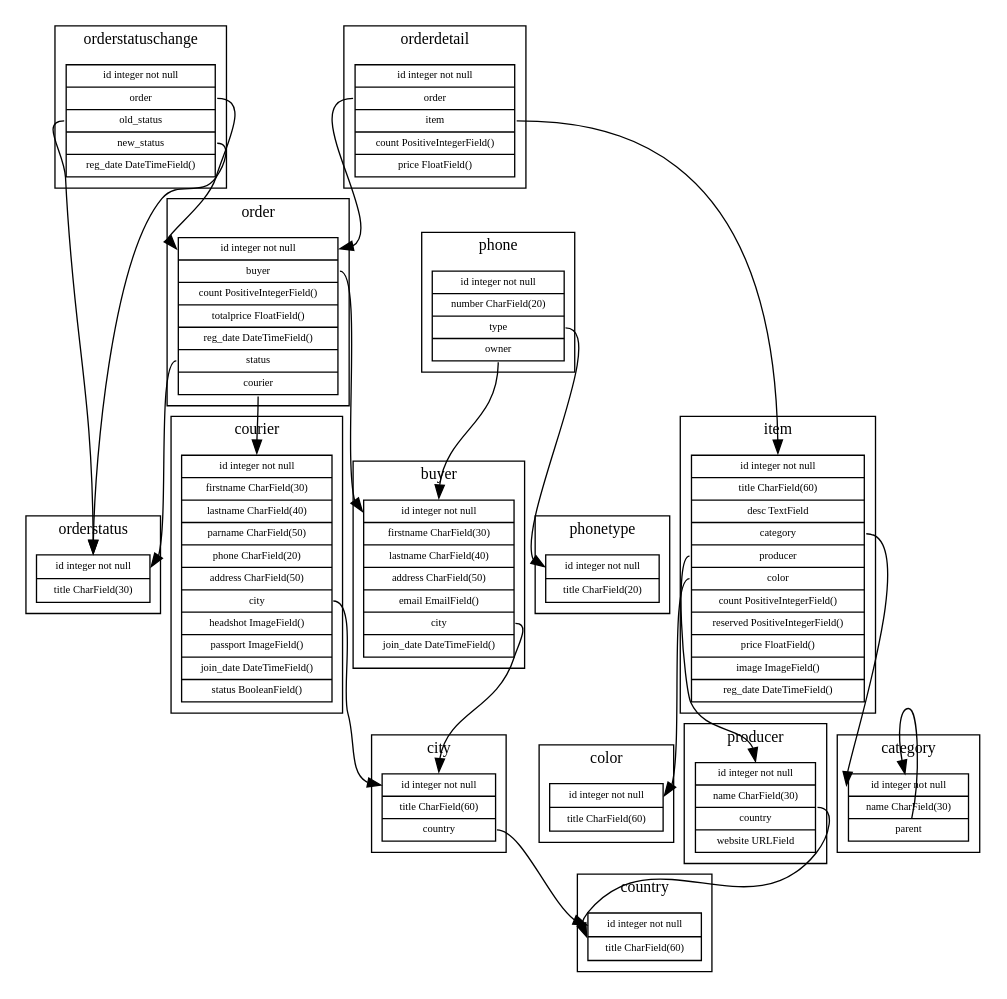
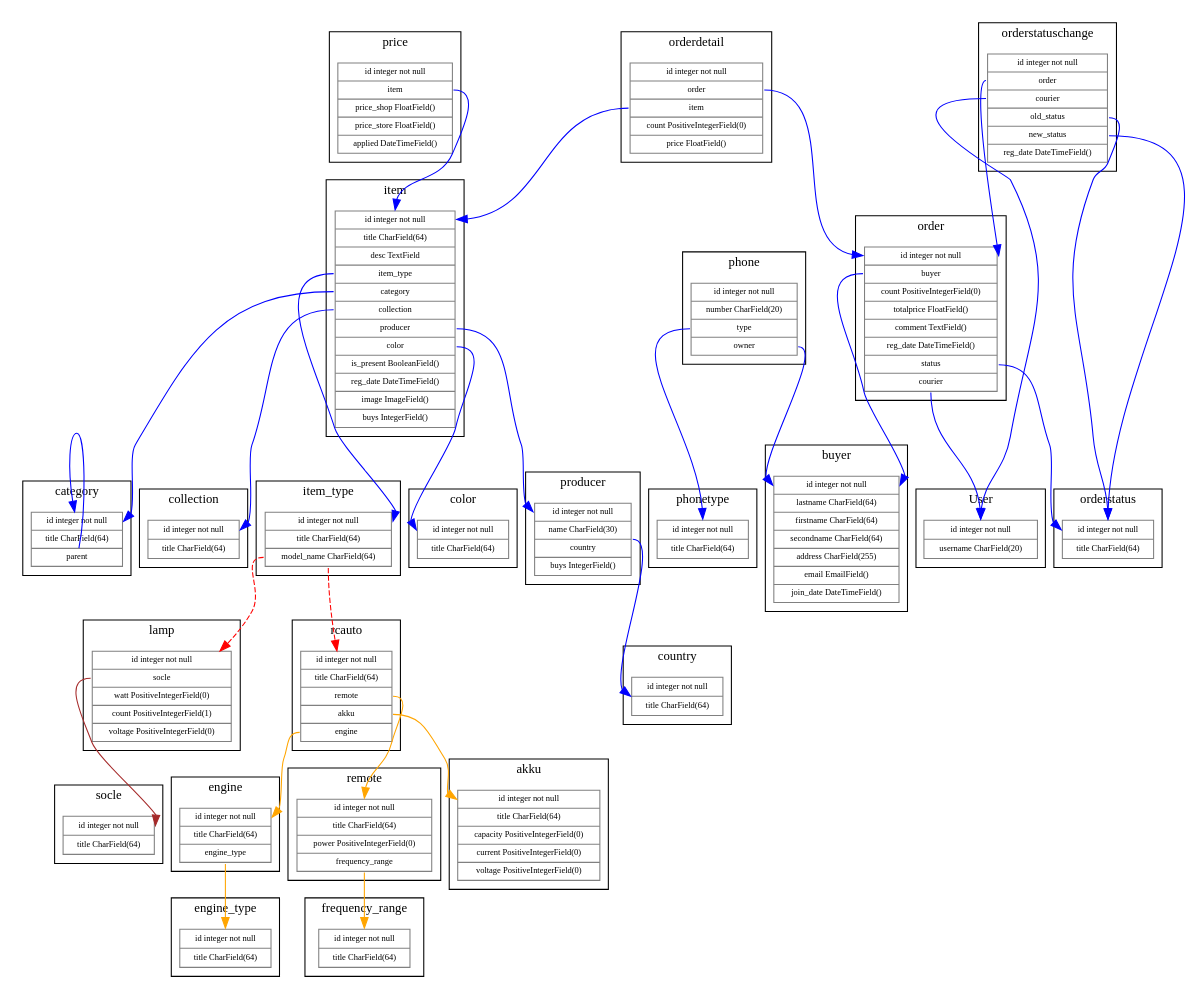
One commit to RaD/moiluchru changed the diagram in schemas/cargo.dot. Above: the diagram before and after it, drawn with Graphviz.

Commit message:
Обновлена структура базы данных.

```diff
--- a/schemas/cargo.dot
+++ b/schemas/cargo.dot
@@ -1,68 +1,117 @@
 digraph G {
 	graph [rankdir = "TB", compound=true, ratio=compress, size="16,10", 
 		remincross=true, center=true];
 	node [shape=plaintext, fontname="Verdana", fontsize=8];
-	edge [arrowsize=1, color=black, fontname="Verdana", fontsize=8];
+	edge [arrowsize=1, color=blue, fontname="Verdana", fontsize=8];
 	
 subgraph cluster_color {label="color"; labelloc="t"; fontname="Verdana"; fontsize=12; color};
-color [shape=record, label="{<id> id integer not null|title CharField(60)}"]
+color [shape=record, color=gray, label="{<id> id integer not null|title CharField(64)}"]
 
-subgraph cluster_countries {label="country"; labelloc="t"; fontname="Verdana"; fontsize=12; countries};
-countries [shape=record, label="{<id>id integer not null|title CharField(60)}"]
+subgraph cluster_country {label="country"; labelloc="t"; fontname="Verdana"; fontsize=12; country};
+country [shape=record, color=gray, label="{<id>id integer not null|title CharField(64)}"]
 
-subgraph cluster_cities {label="city"; labelloc="t"; fontname="Verdana"; fontsize=12; cities};
-cities [shape=record, label="{<id>id integer not null|title CharField(60)|<country> country}"]
+subgraph cluster_producer {label="producer"; labelloc="t"; fontname="Verdana"; fontsize=12; producer};
+producer [shape=record, color=gray, label="{<id> id integer not null|name CharField(30)|<country> country|buys IntegerField()}"]
 
-subgraph cluster_producers {label="producer"; labelloc="t"; fontname="Verdana"; fontsize=12; producers};
-producers [shape=record, label="{<id> id integer not null|name CharField(30)|<country> country|website URLField}"]
+subgraph cluster_category {label="category"; labelloc="t"; fontname="Verdana"; fontsize=12; category};
+category [shape=record, color=gray, label="{<id> id integer not null|title CharField(64)|<parent> parent}"]
 
-subgraph cluster_categories {label="category"; labelloc="t"; fontname="Verdana"; fontsize=12; categories};
-categories [shape=record, label="{<id> id integer not null|name CharField(30)|<parent> parent}"]
+subgraph cluster_collection {label="collection"; labelloc="t"; fontname="Verdana"; fontsize=12; collection};
+collection [shape=record, color=gray, label="{<id> id integer not null|title CharField(64)}"]
 
-subgraph cluster_items {label="item"; labelloc="t"; fontname="Verdana"; fontsize=12; items};
-items [shape=record, label="{<id> id integer not null|title CharField(60)|desc TextField|<category> category|<producer> producer|<color> color|count PositiveIntegerField()|reserved PositiveIntegerField()|price FloatField()|image ImageField()|reg_date DateTimeField()}"]
+subgraph cluster_item_type {label="item_type"; labelloc="t"; fontname="Verdana"; fontsize=12; item_type};
+item_type [shape=record, color=gray, label="{<id> id integer not null|title CharField(64)|<model_name> model_name CharField(64)}"]
 
-subgraph cluster_buyers {label="buyer"; labelloc="t"; fontname="Verdana"; fontsize=12; buyers};
-buyers [shape=record, label="{<id>id integer not null|firstname CharField(30)|lastname CharField(40)|address CharField(50)|email EmailField()|<city> city|join_date DateTimeField()}"]
+subgraph cluster_item {label="item"; labelloc="t"; fontname="Verdana"; fontsize=12; item};
+item [shape=record, color=gray, label="{<id> id integer not null|title CharField(64)|desc TextField|<item_type> item_type|<category> category|<collection> collection|<producer> producer|<color> color|is_present BooleanField()|reg_date DateTimeField()|image ImageField()|buys IntegerField()}"]
+
+subgraph cluster_price {label="price"; labelloc="t"; fontname="Verdana"; fontsize=12; price};
+price [shape=record, color=gray, label="{<id> id integer not null|<item> item|price_shop FloatField()|price_store FloatField()|applied DateTimeField()}"]
+
+subgraph cluster_buyer {label="buyer"; labelloc="t"; fontname="Verdana"; fontsize=12; buyer};
+buyer [shape=record, color=gray, label="{<id>id integer not null|lastname CharField(64)|firstname CharField(64)|secondname CharField(64)|address CharField(255)|email EmailField()|join_date DateTimeField()}"]
 
 subgraph cluster_orderstatus {label="orderstatus"; labelloc="t"; fontname="Verdana"; fontsize=12; orderstatus};
-orderstatus [shape=record, label="{<id>id integer not null|title CharField(30)}"]
+orderstatus [shape=record, color=gray, label="{<id>id integer not null|title CharField(64)}"]
 
-subgraph cluster_orders {label="order"; labelloc="t"; fontname="Verdana"; fontsize=12; orders};
-orders [shape=record, label="{<id>id integer not null|<buyer> buyer|count PositiveIntegerField()|totalprice FloatField()|reg_date DateTimeField()|<status> status|<courier> courier}"]
+subgraph cluster_order {label="order"; labelloc="t"; fontname="Verdana"; fontsize=12; order};
+order [shape=record, color=gray, label="{<id>id integer not null|<buyer> buyer|count PositiveIntegerField(0)|totalprice FloatField()|comment TextField()|reg_date DateTimeField()|<status> status|<courier> courier}"]
 
-subgraph cluster_orderdetails {label="orderdetail"; labelloc="t"; fontname="Verdana"; fontsize=12; orderdetails};
-orderdetails [shape=record, label="{<id>id integer not null|<order> order|<item> item|count PositiveIntegerField()|price FloatField()}"]
+subgraph cluster_orderdetail {label="orderdetail"; labelloc="t"; fontname="Verdana"; fontsize=12; orderdetail};
+orderdetail [shape=record, color=gray, label="{<id>id integer not null|<order> order|<item> item|count PositiveIntegerField(0)|price FloatField()}"]
 
-subgraph cluster_orderstatuschanges {label="orderstatuschange"; labelloc="t"; fontname="Verdana"; fontsize=12; orderstatuschanges};
-orderstatuschanges [shape=record, label="{<id>id integer not null|<order> order|<old_status> old_status|<new_status> new_status|reg_date DateTimeField()}"]
+subgraph cluster_orderstatuschange {label="orderstatuschange"; labelloc="t"; fontname="Verdana"; fontsize=12; orderstatuschange};
+orderstatuschange [shape=record, color=gray, label="{<id>id integer not null|<order> order|<courier> courier|<old_status> old_status|<new_status> new_status|reg_date DateTimeField()}"]
 
-subgraph cluster_couriers {label="courier"; labelloc="t"; fontname="Verdana"; fontsize=12; couriers};
-couriers [shape=record, label="{<id> id integer not null|firstname CharField(30)|lastname CharField(40)|parname CharField(50)|phone CharField(20)|address CharField(50)|<city> city|headshot ImageField()|passport ImageField()|join_date DateTimeField()|status BooleanField()}"]
+subgraph cluster_phonetype {label="phonetype"; labelloc="t"; fontname="Verdana"; fontsize=12; phonetype};
+phonetype [shape=record, color=gray, label="{<id>id integer not null|title CharField(64)}"]
 
-subgraph cluster_phonetypes {label="phonetype"; labelloc="t"; fontname="Verdana"; fontsize=12; phonetypes};
-phonetypes [shape=record, label="{<id>id integer not null|title CharField(20)}"]
+subgraph cluster_phone {label="phone"; labelloc="t"; fontname="Verdana"; fontsize=12; phone};
+phone [shape=record, color=gray, label="{<id>id integer not null|number CharField(20)|<type> type|<owner> owner}"]
 
-subgraph cluster_phones {label="phone"; labelloc="t"; fontname="Verdana"; fontsize=12; phones};
-phones [shape=record, label="{<id>id integer not null|number CharField(20)|<type> type|<owner> owner}"]
+subgraph cluster_User {label="User"; labelloc="t"; fontname="Verdana"; fontsize=12; User};
+User [shape=record, color=gray, label="{<id>id integer not null|username CharField(20)}"]
 
-producers:country -> countries:id [tailport=e, headport=w];
-categories:parent -> categories:id;
-items:category -> categories:id;
-items:producer -> producers:id;
-items:color -> color:id;
-orders:buyer -> buyers:id;
-orders:status -> orderstatus:id;
-orders:courier -> couriers:id;
-orderdetails:order -> orders:id;
-orderdetails:item -> items:id;
-orderstatuschanges:order -> orders:id;
-orderstatuschanges:old_status -> orderstatus:id;
-orderstatuschanges:new_status -> orderstatus:id;
-buyers:city -> cities:id;
-couriers:city -> cities:id;
-cities:country -> countries:id;
-phones:type -> phonetypes:id;
-phones:owner -> buyers:id;
+##
+## Освещение
+##
+subgraph cluster_lamp {label="lamp"; labelloc="t"; fontname="Verdana"; fontsize=12; lamp};
+lamp [shape=record, color=gray, label="{<id> id integer not null|<socle> socle|watt PositiveIntegerField(0)|count PositiveIntegerField(1)|voltage PositiveIntegerField(0)}"]
 
+subgraph cluster_socle {label="socle"; labelloc="t"; fontname="Verdana"; fontsize=12; socle};
+socle [shape=record, color=gray, label="{<id> id integer not null|title CharField(64)}"]
+
+##
+## Автомодели
+##
+subgraph cluster_rcauto {label="rcauto"; labelloc="t"; fontname="Verdana"; fontsize=12; rcauto};
+rcauto [shape=record, color=gray, label="{<id> id integer not null|title CharField(64)|<remote> remote|<akku> akku|<engine> engine}"]
+
+subgraph cluster_remote {label="remote"; labelloc="t"; fontname="Verdana"; fontsize=12; remote};
+remote [shape=record, color=gray, label="{<id> id integer not null|title CharField(64)|power PositiveIntegerField(0)|<frequency_range> frequency_range}"]
+
+subgraph cluster_frequency_range {label="frequency_range"; labelloc="t"; fontname="Verdana"; fontsize=12; frequency_range};
+frequency_range [shape=record, color=gray, label="{<id> id integer not null|title CharField(64)}"]
+
+subgraph cluster_akku {label="akku"; labelloc="t"; fontname="Verdana"; fontsize=12; akku};
+akku [shape=record, color=gray, label="{<id> id integer not null|title CharField(64)|capacity PositiveIntegerField(0)|current PositiveIntegerField(0)|voltage PositiveIntegerField(0)}"]
+
+subgraph cluster_engine {label="engine"; labelloc="t"; fontname="Verdana"; fontsize=12; engine};
+engine [shape=record, color=gray, label="{<id> id integer not null|title CharField(64)| <engine_type> engine_type}"]
+
+subgraph cluster_engine_type {label="engine_type"; labelloc="t"; fontname="Verdana"; fontsize=12; engine_type};
+engine_type [shape=record, color=gray, label="{<id> id integer not null|title CharField(64)}"]
+
+##
+## Связи
+##
+producer:country -> country:id [tailport=e, headport=w];
+category:parent -> category:id;
+item:item_type -> item_type:id;
+item:category -> category:id;
+item:collection -> collection:id;
+item:producer -> producer:id;
+item:color -> color:id;
+price:item -> item:id;
+order:buyer -> buyer:id;
+order:status -> orderstatus:id;
+order:courier -> User:id;
+orderdetail:order -> order:id;
+orderdetail:item -> item:id;
+orderstatuschange:order -> order:id;
+orderstatuschange:courier -> User:id;
+orderstatuschange:old_status -> orderstatus:id;
+orderstatuschange:new_status -> orderstatus:id;
+phone:type -> phonetype:id;
+phone:owner -> buyer:id;
+
+item_type:model_name -> lamp [color=red, style=dashed];
+lamp:socle -> socle:id [color=brown];
+
+item_type:model_name -> rcauto [color=red, style=dashed];
+rcauto:remote -> remote:id [color=orange];
+remote:frequency_range -> frequency_range:id [color=orange];
+rcauto:akku -> akku:id [color=orange];
+rcauto:engine -> engine:id [color=orange];
+engine:engine_type -> engine_type:id [color=orange];
 }
```
